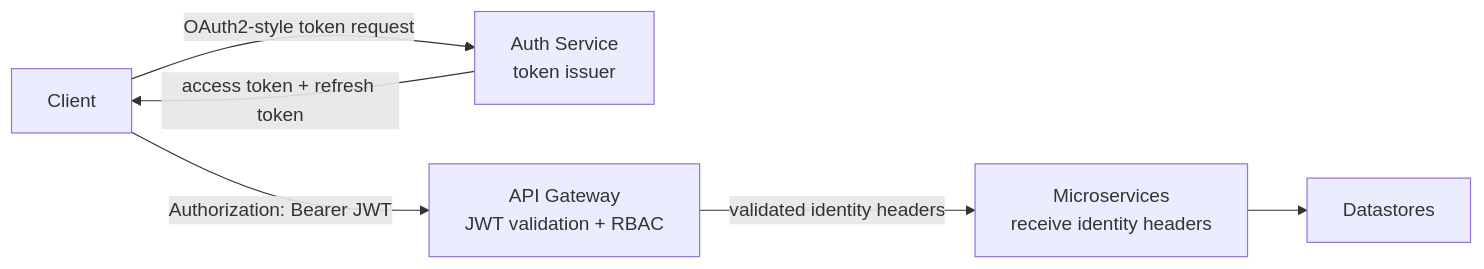
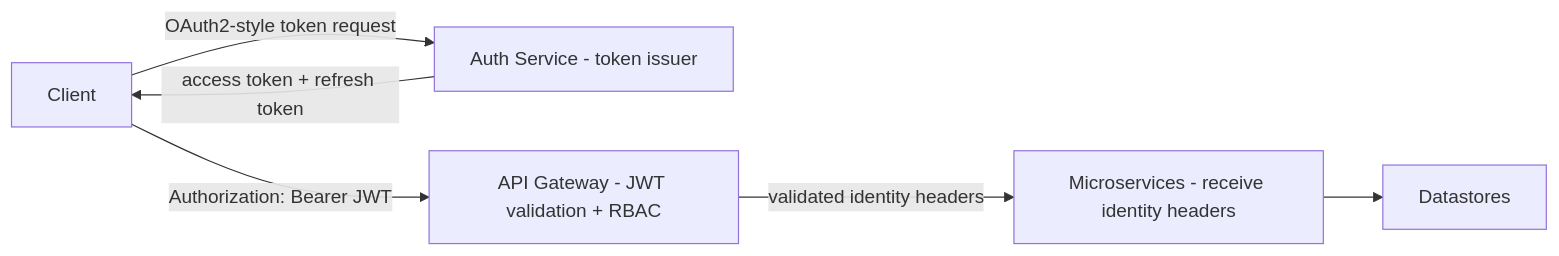
One commit to pramod4it/camp changed the eighth of 14 diagrams in README.md. Above: the diagram before and after it, drawn with Mermaid. The commit also changed other lines of this file, not shown here.

Commit message:
Fix GitHub Mermaid README diagrams

````diff
--- a/README.md
+++ b/README.md
@@ -416,14 +408,14 @@
 ```mermaid
 flowchart LR
     Client["Client"]
-    Auth["Auth Service<br/>token issuer"]
-    Gateway["API Gateway<br/>JWT validation + RBAC"]
-    Services["Microservices<br/>receive identity headers"]
+    Auth["Auth Service - token issuer"]
+    Gateway["API Gateway - JWT validation + RBAC"]
+    Services["Microservices - receive identity headers"]
     Datastores["Datastores"]
 
     Client -->|"OAuth2-style token request"| Auth
     Auth -->|"access token + refresh token"| Client
     Client -->|"Authorization: Bearer JWT"| Gateway
     Gateway -->|"validated identity headers"| Services
     Services --> Datastores
 ```
````
